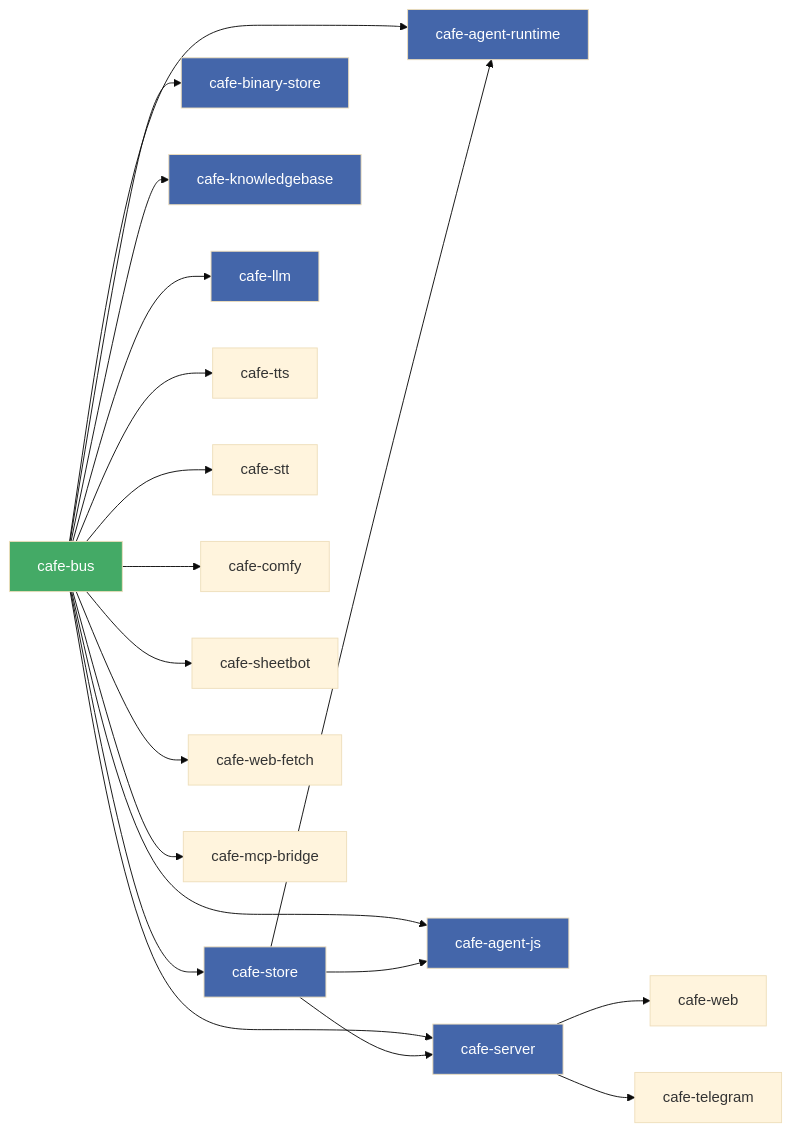
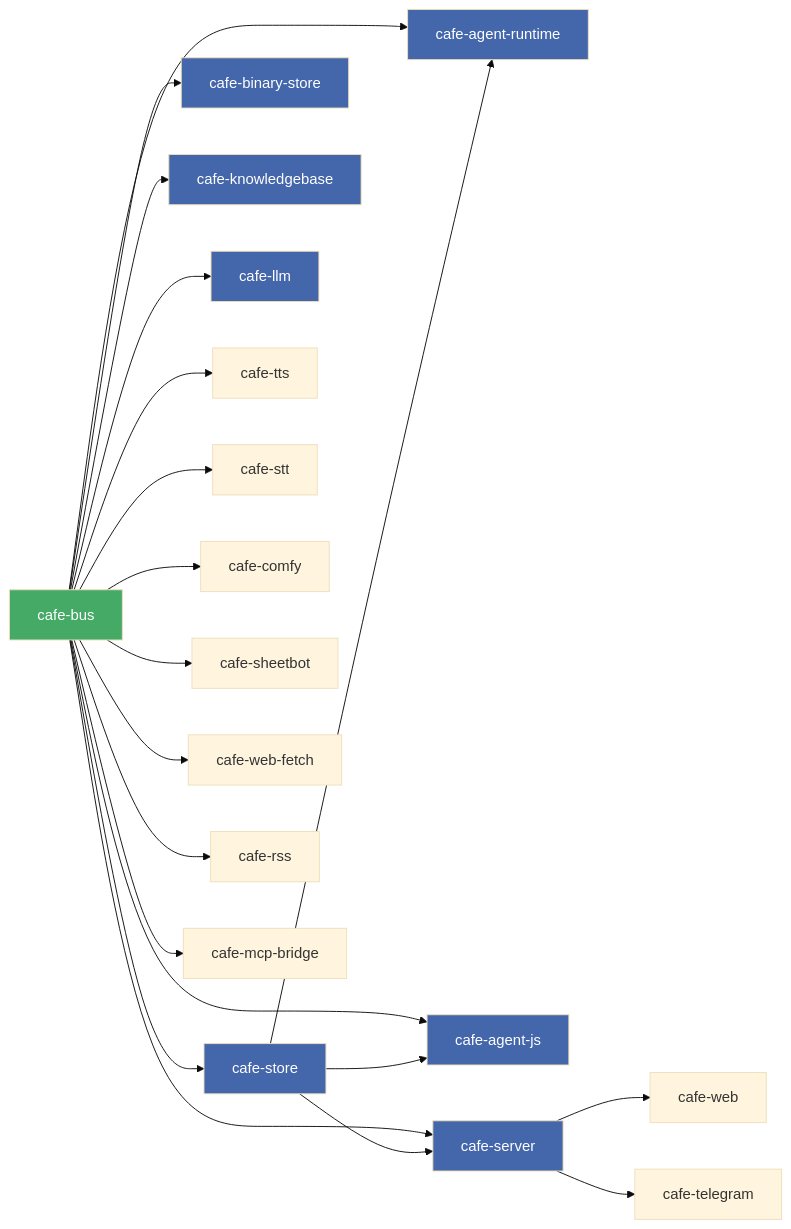
One commit to jorisvddonk/ObservableCAFEv2 changed the third of 3 diagrams in docs/architecture.md. Above: the diagram before and after it, drawn with Mermaid (base theme). The commit also changed other lines of this file and 13 other files, not shown here.

First line of the commit message:
feat(cafe-rss): add RSS/Atom fetch evaluator; migrate rss-summarizer

````diff
--- a/docs/architecture.md
+++ b/docs/architecture.md
@@ -95,30 +97,31 @@
 ```mermaid
 graph LR
     bus[cafe-bus] --> store[cafe-store]
     bus --> bstore[cafe-binary-store]
     bus --> kb[cafe-knowledgebase]
     bus --> llm[cafe-llm]
     bus --> agent[cafe-agent-runtime]
     bus --> jsagent[cafe-agent-js]
     bus --> tts[cafe-tts]
     bus --> stt[cafe-stt]
     bus --> comfy[cafe-comfy]
     bus --> sheet[cafe-sheetbot]
     bus --> fetch[cafe-web-fetch]
+    bus --> rss[cafe-rss]
     bus --> mcp[cafe-mcp-bridge]
     bus --> server[cafe-server]
     store --> agent
     store --> jsagent
     store --> server
     server --> web[cafe-web]
     server --> tg[cafe-telegram]
 
     style bus fill:#4a6,color:#fff
     style store fill:#46a,color:#fff
     style bstore fill:#46a,color:#fff
     style kb fill:#46a,color:#fff
     style llm fill:#46a,color:#fff
     style agent fill:#46a,color:#fff
     style jsagent fill:#46a,color:#fff
     style server fill:#46a,color:#fff
 ```
````
